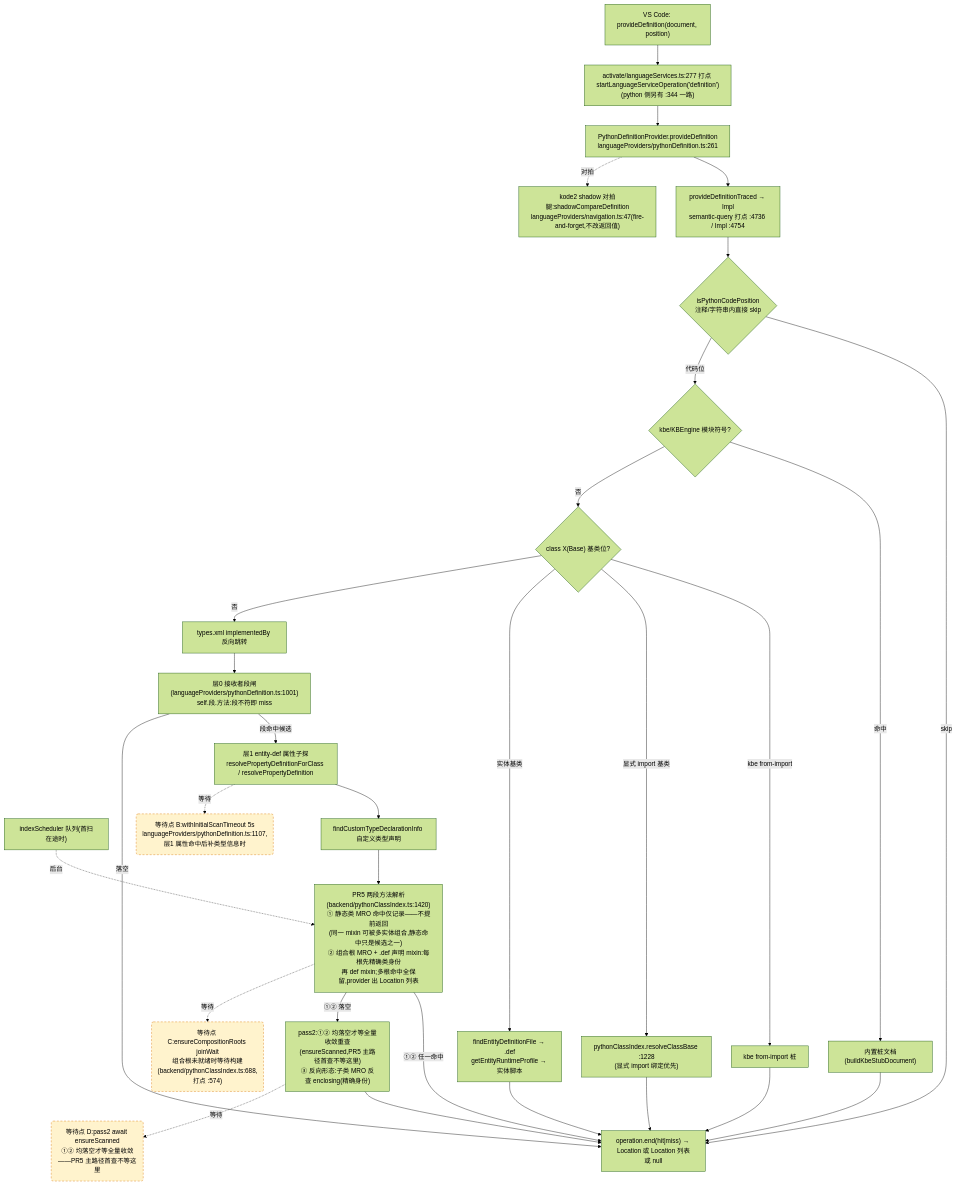
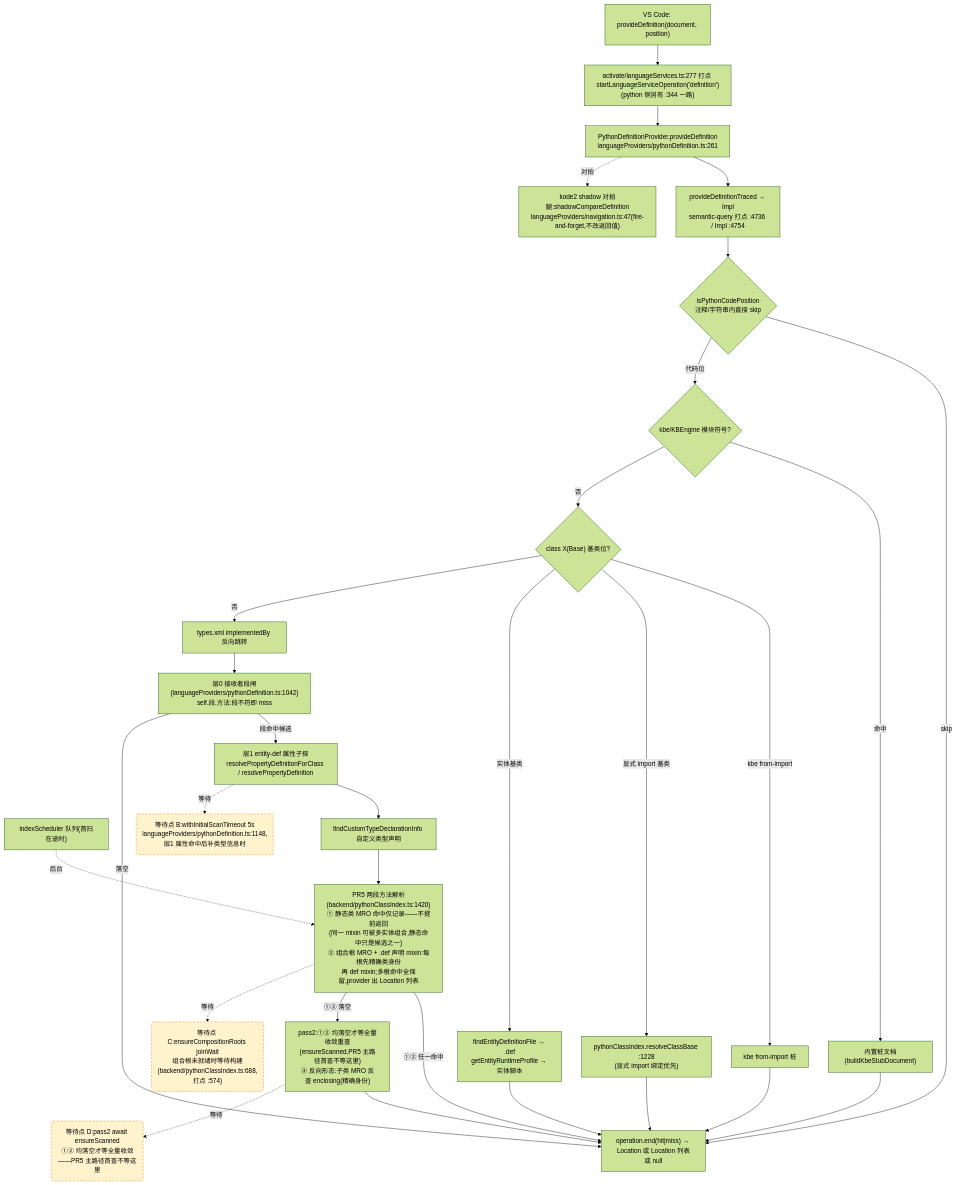
The second of 4 diagrams in docs/perf/2026-baseline.md (cuihairu/kode), drawn with Mermaid (forest theme) before and after one commit. The commit also changed other lines of this file and 8 other files, not shown here.

````diff
--- a/docs/perf/2026-baseline.md
+++ b/docs/perf/2026-baseline.md
@@ -142,51 +143,51 @@
 ```mermaid
 flowchart TD
   VC2["VS Code: provideDefinition(document, position)"]
   M2["activate/languageServices.ts:277 打点 startLanguageServiceOperation('definition')<br/>(python 侧另有 :344 一路)"]
   AD2["PythonDefinitionProvider.provideDefinition<br/>languageProviders/pythonDefinition.ts:261"]
   TR["provideDefinitionTraced → Impl<br/>semantic-query 打点 :4736 / Impl :4754"]
   CTX{"isPythonCodePosition<br/>注释/字符串内直接 skip"}
   KBE{"kbe/KBEngine 模块符号?"}
   STUB["内置桩文档(buildKbeStubDocument)"]
   CB{"class X(Base) 基类位?"}
   CB1["kbe from-import 桩"]
   CB2["pythonClassIndex.resolveClassBase :1228<br/>(显式 import 绑定优先)"]
   CB3["findEntityDefinitionFile → .def<br/>getEntityRuntimeProfile → 实体脚本"]
   REV["types.xml implementedBy 反向跳转"]
-  L0["层0 接收者段闸(languageProviders/pythonDefinition.ts:1001)<br/>self.段.方法:段不符即 miss"]
+  L0["层0 接收者段闸(languageProviders/pythonDefinition.ts:1042)<br/>self.段.方法:段不符即 miss"]
   L1["层1 entity-def 属性子探<br/>resolvePropertyDefinitionForClass / resolvePropertyDefinition"]
   SCAN["indexScheduler 队列(首扫在途时)"]
   TY["findCustomTypeDeclarationInfo 自定义类型声明"]
   MRO["PR5 两段方法解析(backend/pythonClassIndex.ts:1420)<br/>① 静态类 MRO 命中仅记录——不提前返回<br/>(同一 mixin 可被多实体组合,静态命中只是候选之一)<br/>② 组合根 MRO + .def 声明 mixin:每根先精确类身份<br/>再 def mixin;多根命中全保留,provider 出 Location 列表"]
   PASS2["pass2:①② 均落空才等全量收敛重查<br/>(ensureScanned,PR5 主路径首查不等这里)<br/>③ 反向形态:子类 MRO 反查 enclosing(精确身份)"]
   SHD["kode2 shadow 对拍腿:shadowCompareDefinition<br/>languageProviders/navigation.ts:47(fire-and-forget,不改返回值)"]
   END2["operation.end(hit|miss) → Location 或 Location 列表或 null"]
 
   VC2 --> M2 --> AD2 --> TR --> CTX
   CTX -- "skip" --> END2
   CTX -- "代码位" --> KBE
   KBE -- "命中" --> STUB --> END2
   KBE -- "否" --> CB
   CB -- "kbe from-import" --> CB1 --> END2
   CB -- "显式 import 基类" --> CB2 --> END2
   CB -- "实体基类" --> CB3 --> END2
   CB -- "否" --> REV --> L0
   L0 -- "段命中候选" --> L1
   L0 -- "落空" --> END2
   L1 --> TY
   TY --> MRO
   MRO -- "①② 任一命中" --> END2
   MRO -- "①② 落空" --> PASS2 --> END2
   AD2 -.->|对拍| SHD
 
-  WAITB("等待点 B:withInitialScanTimeout 5s<br/>languageProviders/pythonDefinition.ts:1107,层1 属性命中后补类型信息时")
+  WAITB("等待点 B:withInitialScanTimeout 5s<br/>languageProviders/pythonDefinition.ts:1148,层1 属性命中后补类型信息时")
   WAITC("等待点 C:ensureCompositionRoots joinWait<br/>组合根未就绪时等待构建(backend/pythonClassIndex.ts:688,打点 :574)")
   WAITD("等待点 D:pass2 await ensureScanned<br/>①② 均落空才等全量收敛——PR5 主路径首查不等这里")
   L1 -.->|等待| WAITB
   MRO -.->|等待| WAITC
   PASS2 -.->|等待| WAITD
   SCAN -.->|后台| MRO
 
   classDef waitPoint fill:#fff3cd,stroke:#d97706,stroke-dasharray:5 4;
   class WAITB,WAITC,WAITD waitPoint;
 ```
````
